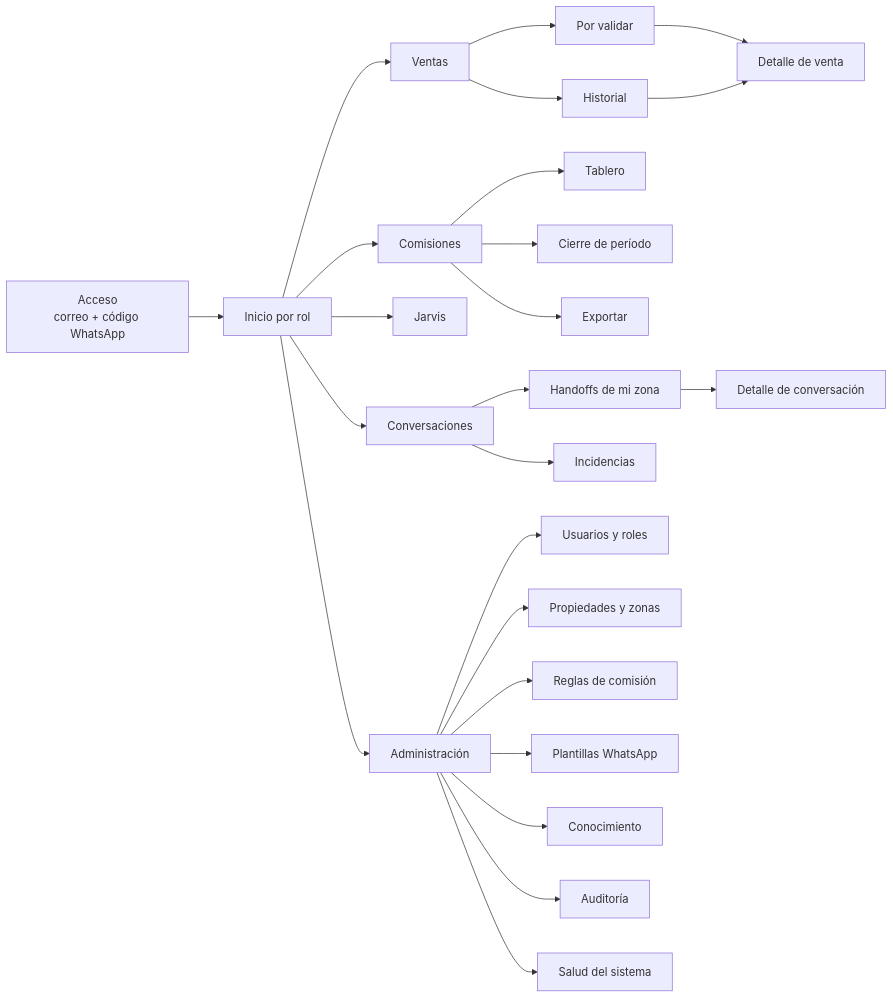
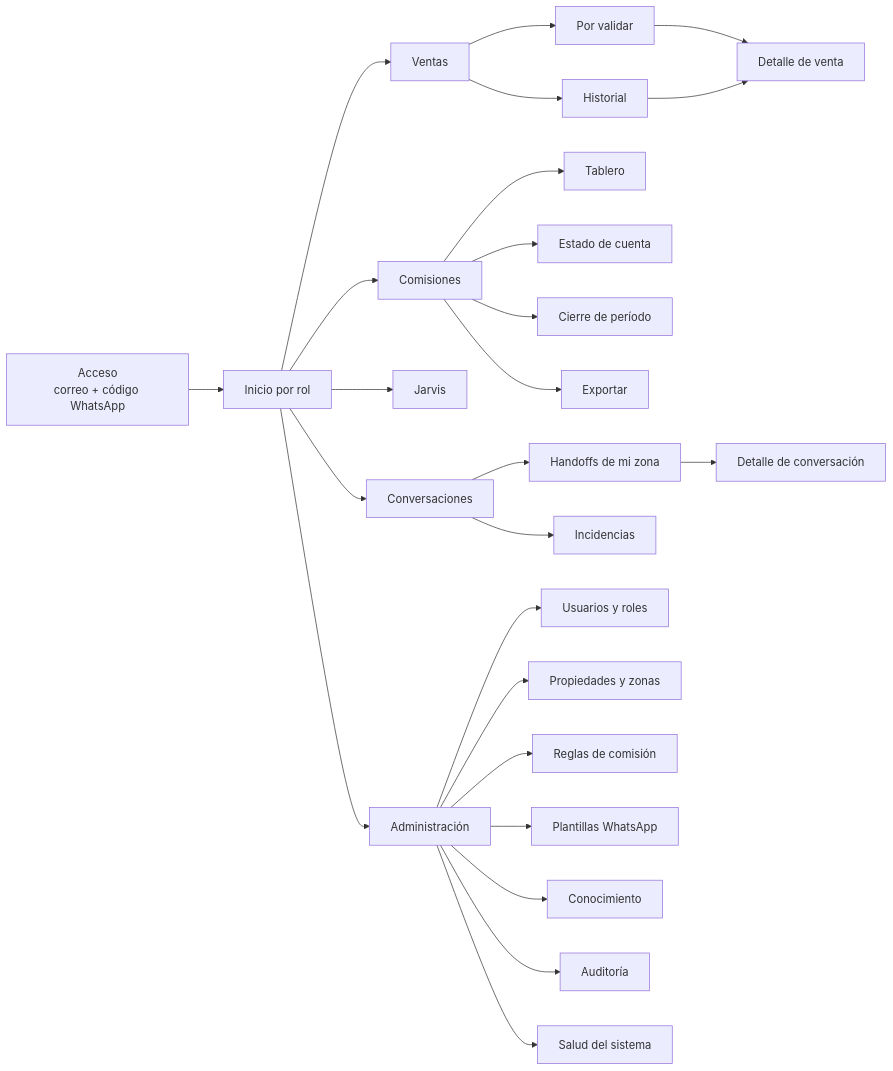
The diagram in docs/FRONTEND.md (jucaprosi/Asistencia), drawn with Mermaid before and after one commit. The commit also changed other lines of this file and 12 other files, not shown here.

````diff
--- a/docs/FRONTEND.md
+++ b/docs/FRONTEND.md
@@ -43,26 +43,27 @@
 ```mermaid
 flowchart LR
     A[Acceso<br/>correo + código WhatsApp] --> I[Inicio por rol]
     I --> V[Ventas]
     V --> V1[Por validar]
     V --> V2[Historial]
     V1 --> V3[Detalle de venta]
     V2 --> V3
     I --> C[Comisiones]
     C --> C1[Tablero]
+    C --> C4[Estado de cuenta]
     C --> C2[Cierre de período]
     C --> C3[Exportar]
     I --> J[Jarvis]
     I --> H[Conversaciones]
     H --> H1[Handoffs de mi zona]
     H1 --> H2[Detalle de conversación]
     H --> H3[Incidencias]
     I --> ADM[Administración]
     ADM --> A1[Usuarios y roles]
     ADM --> A2[Propiedades y zonas]
     ADM --> A3[Reglas de comisión]
     ADM --> A4[Plantillas WhatsApp]
     ADM --> A5[Conocimiento]
     ADM --> A6[Auditoría]
     ADM --> A7[Salud del sistema]
 ```
````
